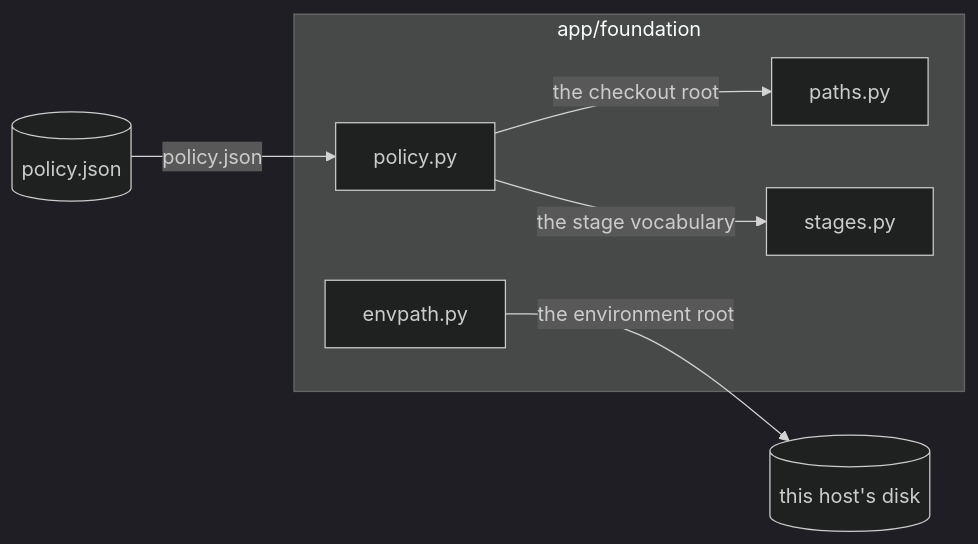
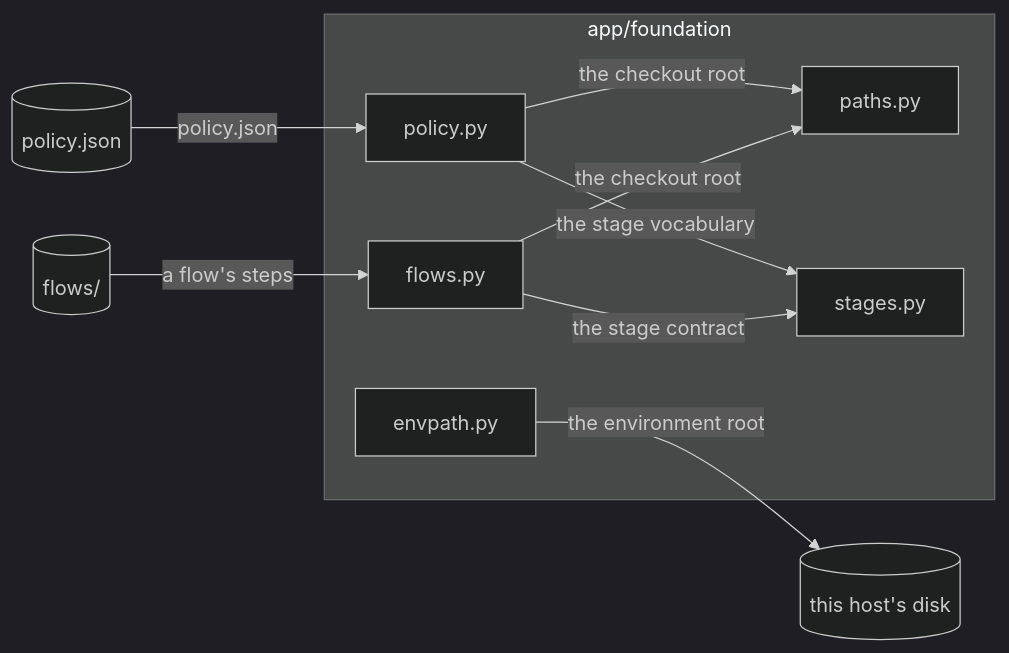
Before and after one commit to 6r0m/orchestra: the diagram in app/foundation/docs/architecture/diagrams/main.md, drawn with Mermaid (dark theme). The commit also changed 44 other files, not shown here.

First line of the commit message:
Add a research stage to the workflow, with its own ask and review, and document the new flow system.

````diff
--- a/app/foundation/docs/architecture/diagrams/main.md
+++ b/app/foundation/docs/architecture/diagrams/main.md
@@ -5,15 +5,20 @@
 ```mermaid
 flowchart LR
     subgraph pkg["app/foundation"]
         paths["paths.py"]
         envpath["envpath.py"]
         policy["policy.py"]
         stages["stages.py"]
+        flows["flows.py"]
     end
     repos_ext[("policy.json")]
+    flows_ext[("flows/")]
     hostfs[("this host's disk")]
     policy -->|"the stage vocabulary"| stages
     policy -->|"the checkout root"| paths
     repos_ext -->|"policy.json"| policy
+    flows -->|"the stage contract"| stages
+    flows -->|"the checkout root"| paths
+    flows_ext -->|"a flow's steps"| flows
     envpath -->|"the environment root"| hostfs
 ```
````
